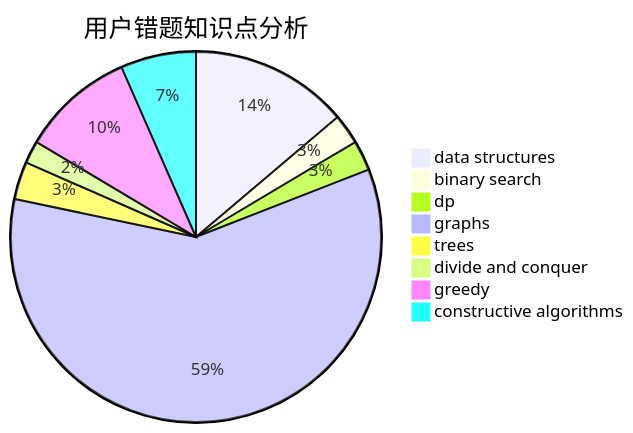
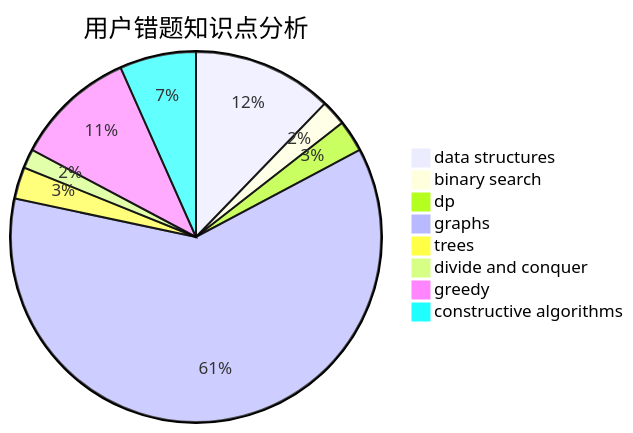
One commit to sherpahu/cfrs.github.io changed the third of 3 diagrams in docs/user/u431.md. Above: the diagram before and after it, drawn with Mermaid. The commit also changed other lines of this file and 2770 other files, not shown here.

````diff
--- a/docs/user/u431.md
+++ b/docs/user/u431.md
@@ -36,11 +36,11 @@
 ```mermaid
 pie title 用户错题知识点分析
-    "data structures" :  21
+    "data structures" :  22
     "binary search" :  4
-    "dp" :  4
-    "graphs" :  90
+    "dp" :  5
+    "graphs" :  110
     "trees" :  5
     "divide and conquer" :  3
-    "greedy" :  15
-    "constructive algorithms" :  10
+    "greedy" :  19
+    "constructive algorithms" :  12
 ```
````
